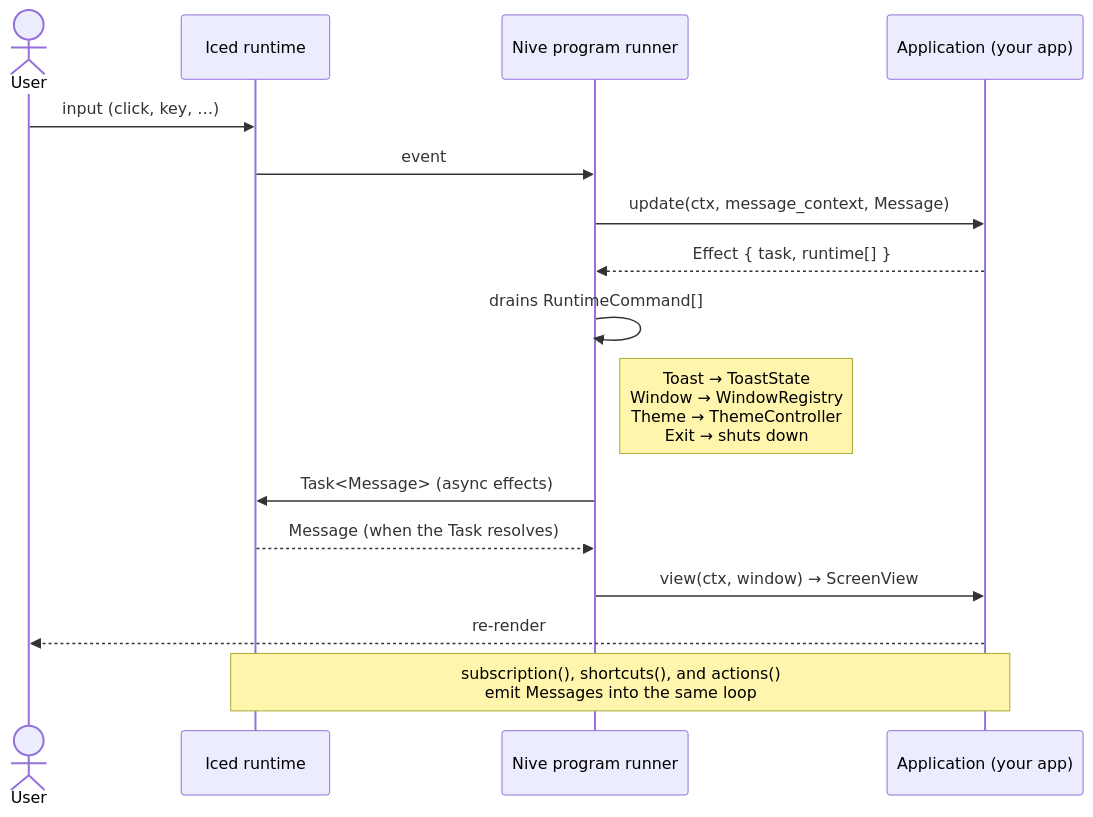
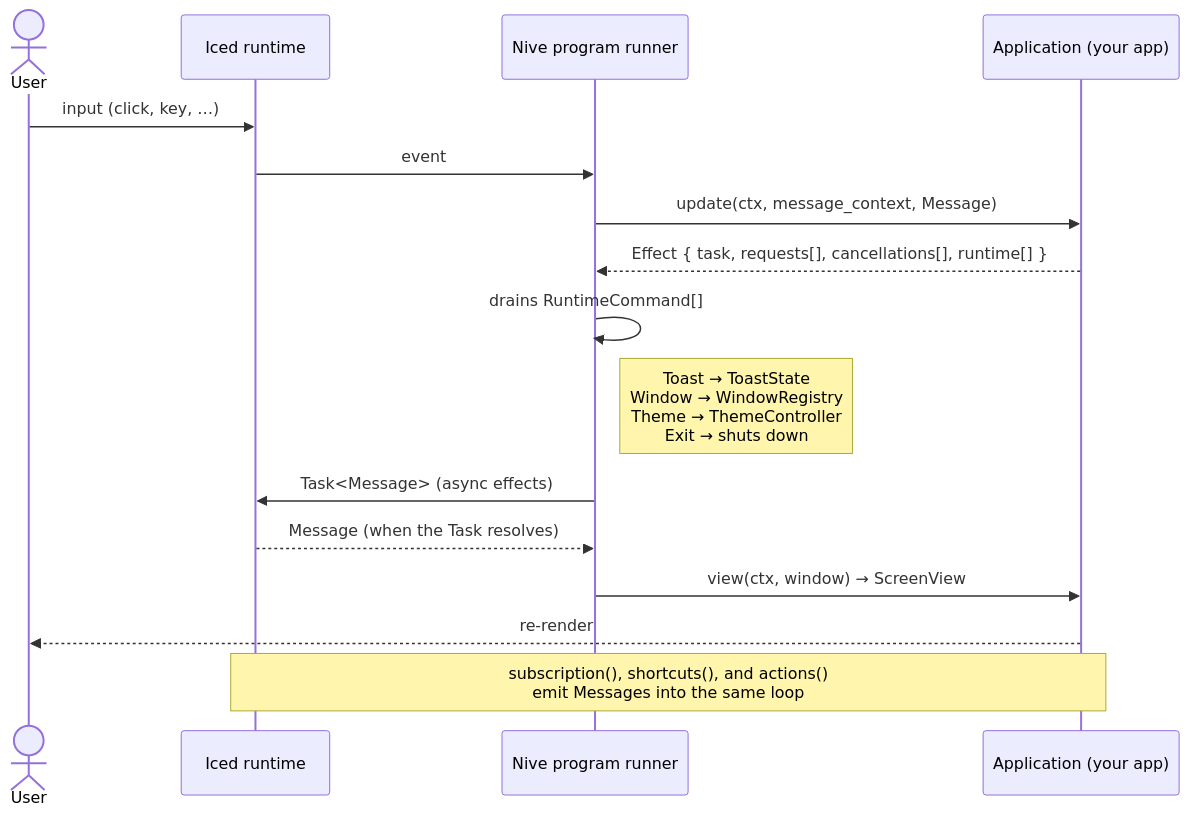
Before and after one commit to JirlanSouza/nive: the first of 7 diagrams in docs/architecture/runtime-flows.md, drawn with Mermaid. The commit also changed other lines of this file and 44 other files, not shown here.

````diff
--- a/docs/architecture/runtime-flows.md
+++ b/docs/architecture/runtime-flows.md
@@ -14,20 +15,20 @@
 ```mermaid
 sequenceDiagram
     actor User
     participant Iced as Iced runtime
     participant Runner as Nive program runner
     participant App as Application (your app)
 
     User->>Iced: input (click, key, …)
     Iced->>Runner: event
     Runner->>App: update(ctx, message_context, Message)
-    App-->>Runner: Effect { task, runtime[] }
+    App-->>Runner: Effect { task, requests[], cancellations[], runtime[] }
     Runner->>Runner: drains RuntimeCommand[]
     Note right of Runner: Toast → ToastState<br/>Window → WindowRegistry<br/>Theme → ThemeController<br/>Exit → shuts down
     Runner->>Iced: Task<Message> (async effects)
     Iced-->>Runner: Message (when the Task resolves)
     Runner->>App: view(ctx, window) → ScreenView
     App-->>User: re-render
 
     Note over Iced,App: subscription(), shortcuts(), and actions()<br/>emit Messages into the same loop
 ```
````
